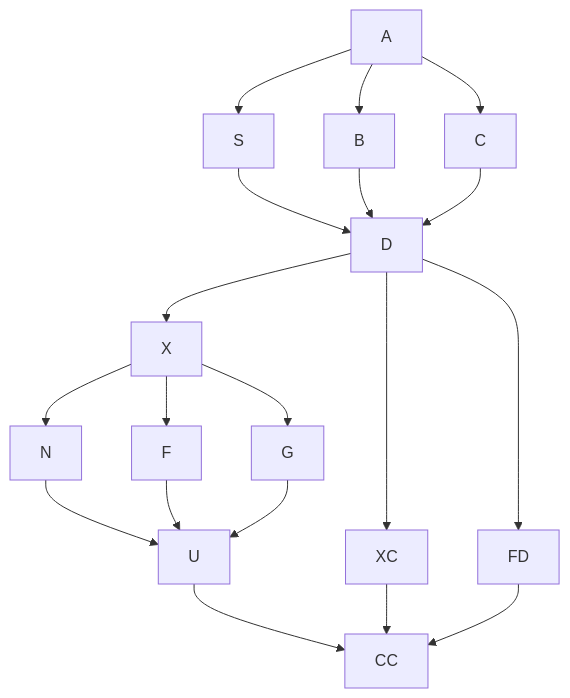
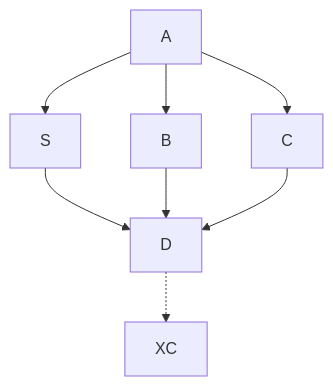
Before and after one commit to editscanx/ScanX_app: the diagram in التطبيق/مواصفات.md, drawn with Mermaid.

````diff
--- a/التطبيق/مواصفات.md
+++ b/التطبيق/مواصفات.md
@@ -1,22 +1,11 @@
 ```mermaid
 graph TD;
     A-->B;
     A-->C;
 A-->S;
 S-->D;
     B-->D;
     C-->D;
-    D-->XC;
-X-->N;
-X-->F;
-X-->G;
-N-->U;
-F-->U;
-G-->U;
-D-->X;
-D-->FD;
-U-->CC;
-XC-->CC;
-FD-->CC;
+    D-.->XC;
 
 ```
````
